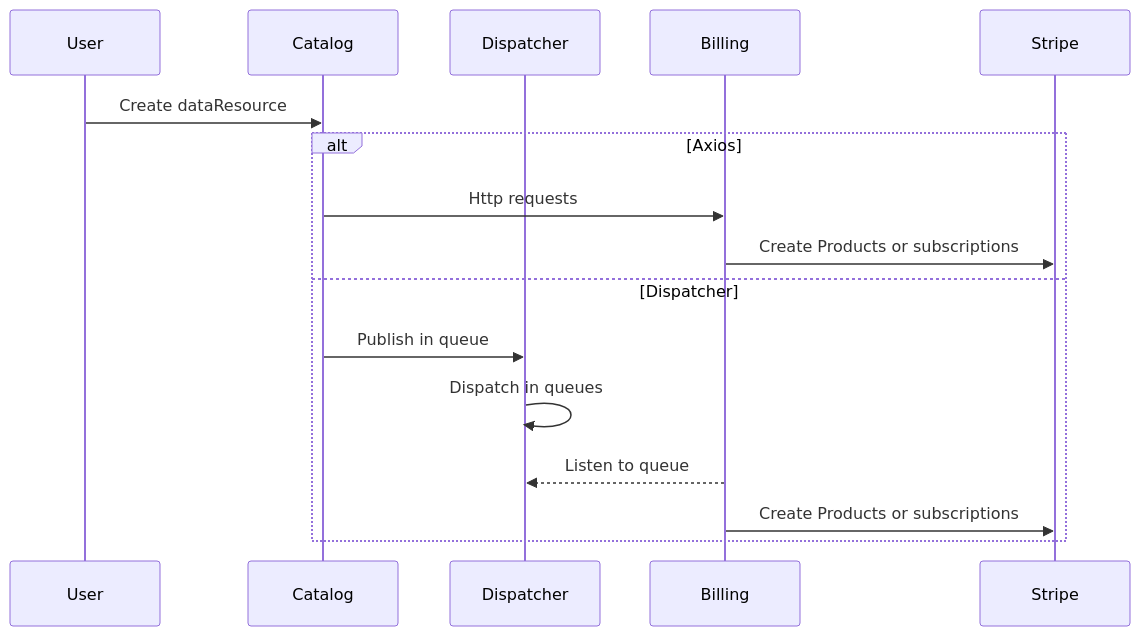
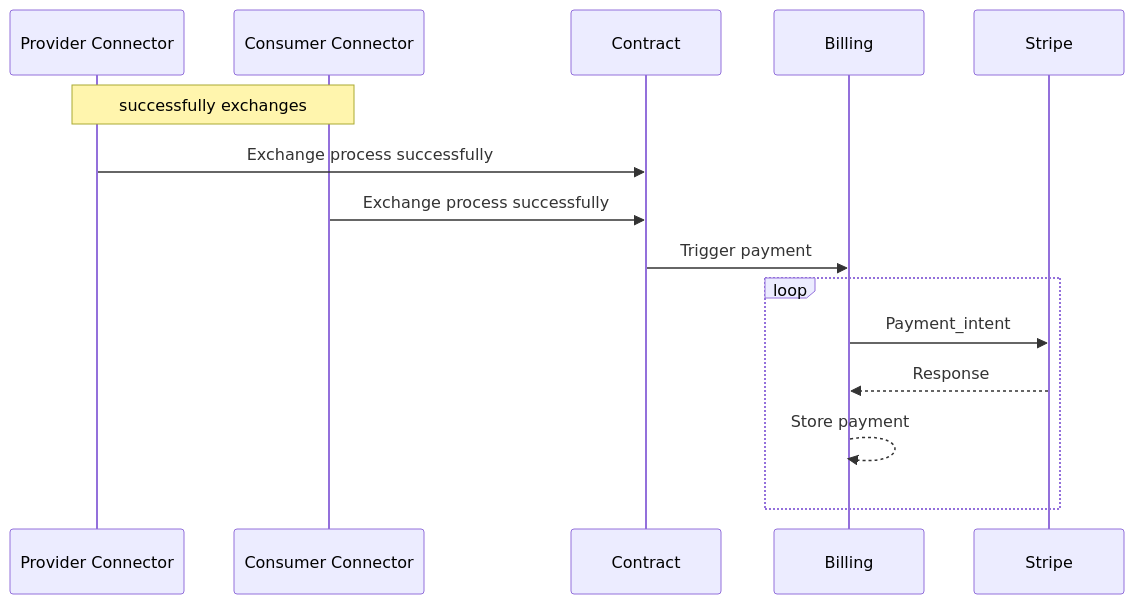
Before and after one commit to Prometheus-X-association/billing: the second of 3 diagrams in docs/design-document.md, drawn with Mermaid. The commit also changed other lines of this file and 1 other file, not shown here.

````diff
--- a/docs/design-document.md
+++ b/docs/design-document.md
@@ -564,19 +433,18 @@
 ```mermaid
     sequenceDiagram
-    participant User
-    participant Catalog
-    participant Dispatcher
+    participant Provider Connector
+    participant Consumer Connector
+    participant Contract
     participant Billing
     participant Stripe
 
-    User->>Catalog: Create dataResource
-    alt Axios
-        Catalog->>Billing: Http requests
-        Billing->>Stripe: Create Products or subscriptions
-    else Dispatcher
-        Catalog->>Dispatcher: Publish in queue
-        Dispatcher->>Dispatcher: Dispatch in queues
-        Billing-->>Dispatcher: Listen to queue
-        Billing->>Stripe: Create Products or subscriptions
+    Note over Provider Connector,Consumer Connector: successfully exchanges
+    Provider Connector->>Contract: Exchange process successfully
+    Consumer Connector->>Contract: Exchange process successfully
+    Contract->>Billing: Trigger payment
+    loop
+        Billing->>Stripe: Payment_intent
+        Stripe-->>Billing: Response
+        Billing-->>Billing: Store payment
     end
 ```
````
